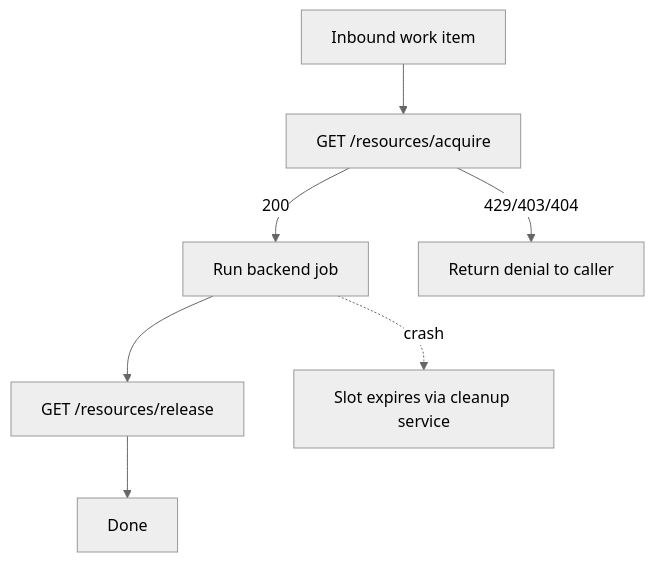
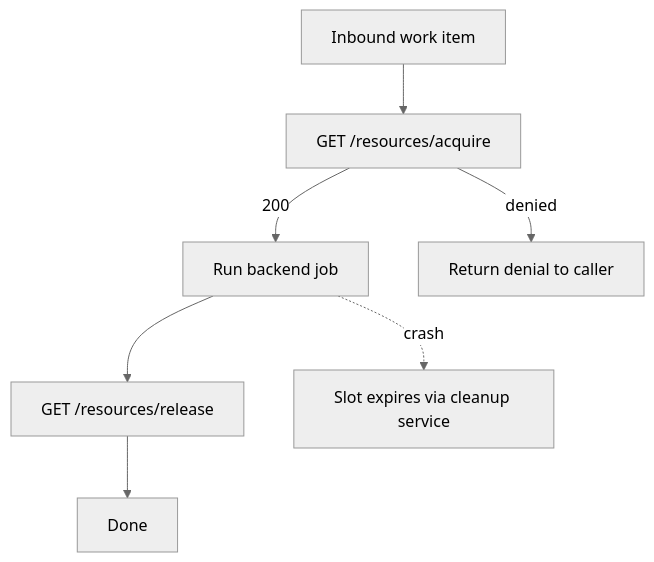
The second of 2 diagrams in docs/integration-guide.md (ShaharMS/ClientManager), drawn with Mermaid (neutral theme) before and after one commit. The commit also changed other lines of this file and 6 other files, not shown here.

````diff
--- a/docs/integration-guide.md
+++ b/docs/integration-guide.md
@@ -228,9 +266,9 @@
 ```mermaid
 flowchart TD
     start[Inbound work item] --> acquire[GET /resources/acquire]
     acquire -->|200| work[Run backend job]
-    acquire -->|429/403/404| deny[Return denial to caller]
+    acquire -->|denied| deny[Return denial to caller]
     work --> release[GET /resources/release]
     release --> done[Done]
     work -. crash .-> expire[Slot expires via cleanup service]
 ```
````
